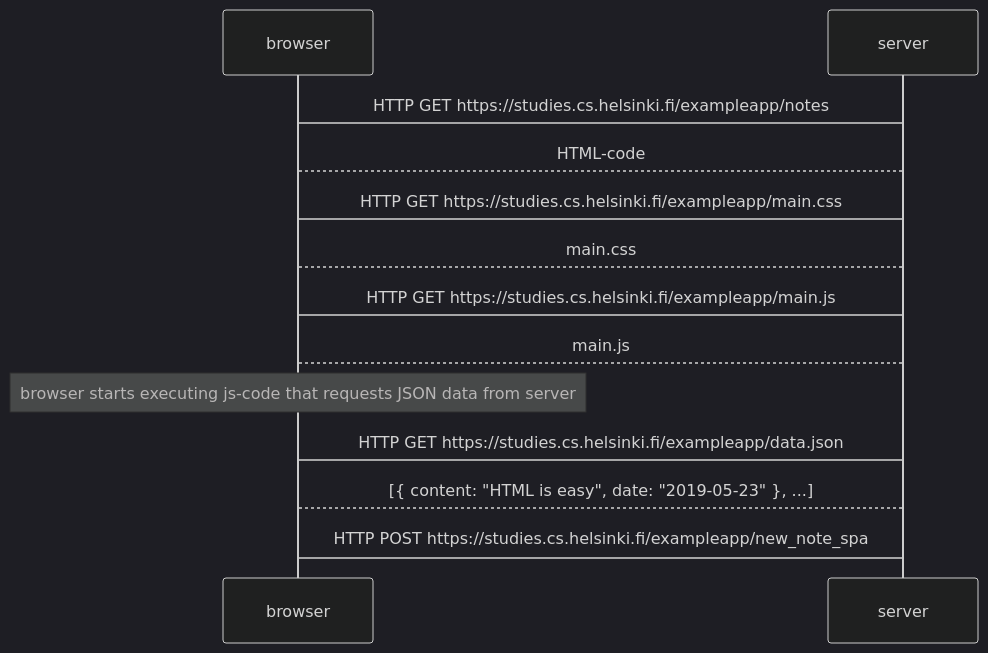
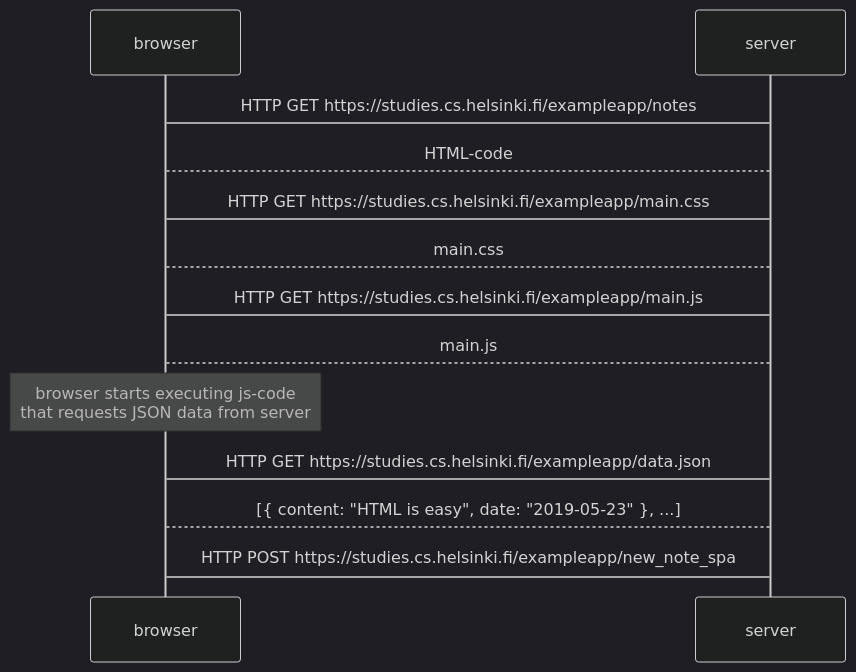
The diagram in readme.md (BoazBerkers/testrepo), drawn with Mermaid (dark theme) before and after one commit.

````diff
--- a/readme.md
+++ b/readme.md
@@ -3,18 +3,18 @@
 ```mermaid
 sequenceDiagram
 browser->server: HTTP GET https://studies.cs.helsinki.fi/exampleapp/notes
 server-->browser: HTML-code
 browser->server: HTTP GET https://studies.cs.helsinki.fi/exampleapp/main.css
 server-->browser: main.css
 browser->server: HTTP GET https://studies.cs.helsinki.fi/exampleapp/main.js
 server-->browser: main.js
 
-Note over browser: browser starts executing js-code that requests JSON data from server 
+Note over browser: browser starts executing js-code <br/> that requests JSON data from server 
 
 browser->server: HTTP GET https://studies.cs.helsinki.fi/exampleapp/data.json
 server-->browser: [{ content: "HTML is easy", date: "2019-05-23" }, ...]
 
 browser->server: HTTP POST	https://studies.cs.helsinki.fi/exampleapp/new_note_spa
 
     
 ```
````
